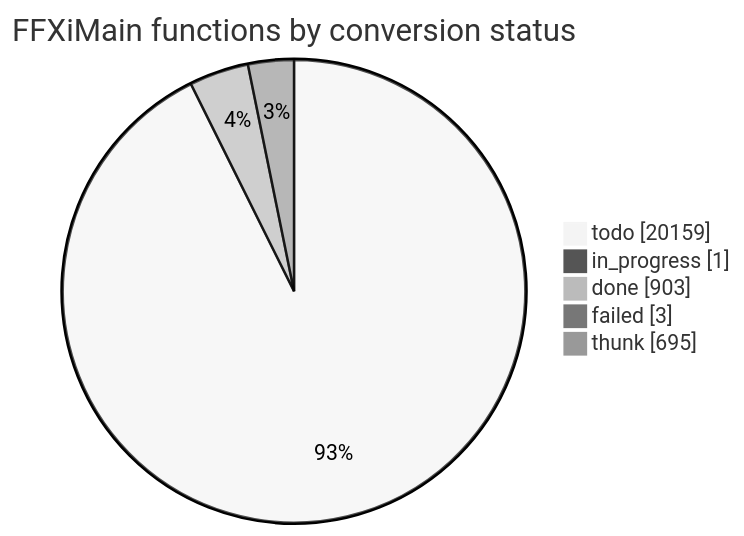
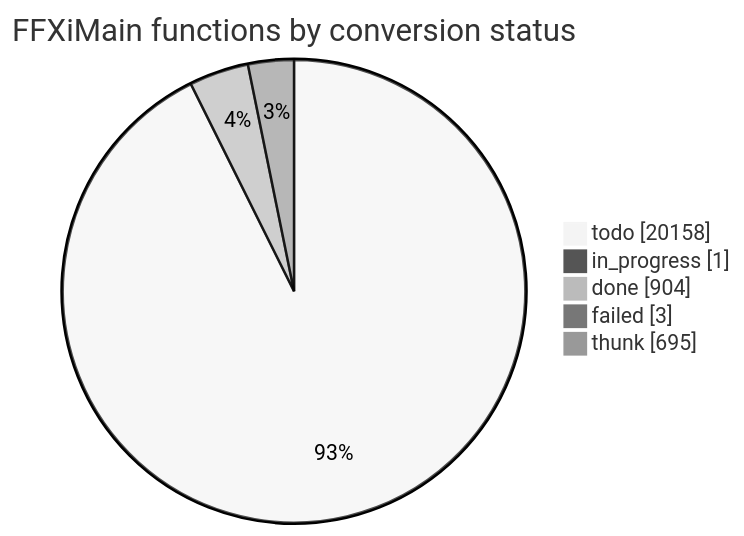
The diagram in docs/cow/STATUS.md (cowrevenge/cow_kuluu_xi_anything), drawn with Mermaid (neutral theme) before and after one commit. The commit also changed other lines of this file and 9 other files, not shown here.

````diff
--- a/docs/cow/STATUS.md
+++ b/docs/cow/STATUS.md
@@ -18,9 +18,9 @@
 ```mermaid
 pie showData
     title FFXiMain functions by conversion status
-    "todo" : 20159
+    "todo" : 20158
     "in_progress" : 1
-    "done" : 903
+    "done" : 904
     "failed" : 3
     "thunk" : 695
 ```
````
